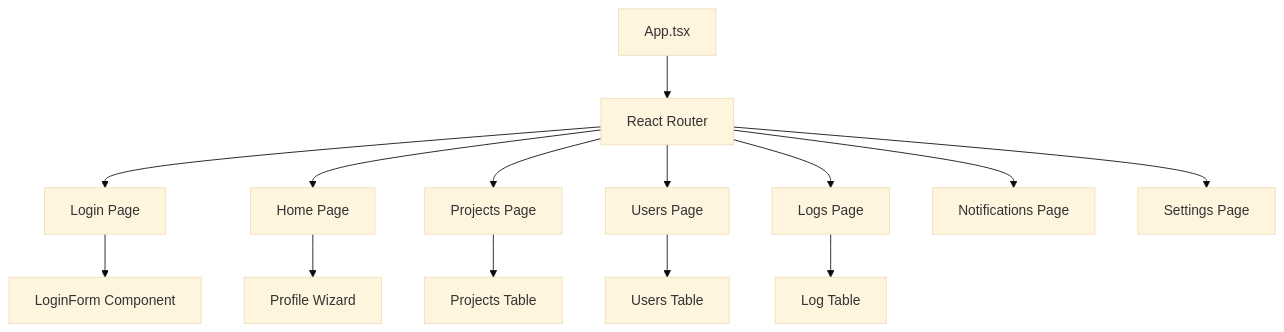
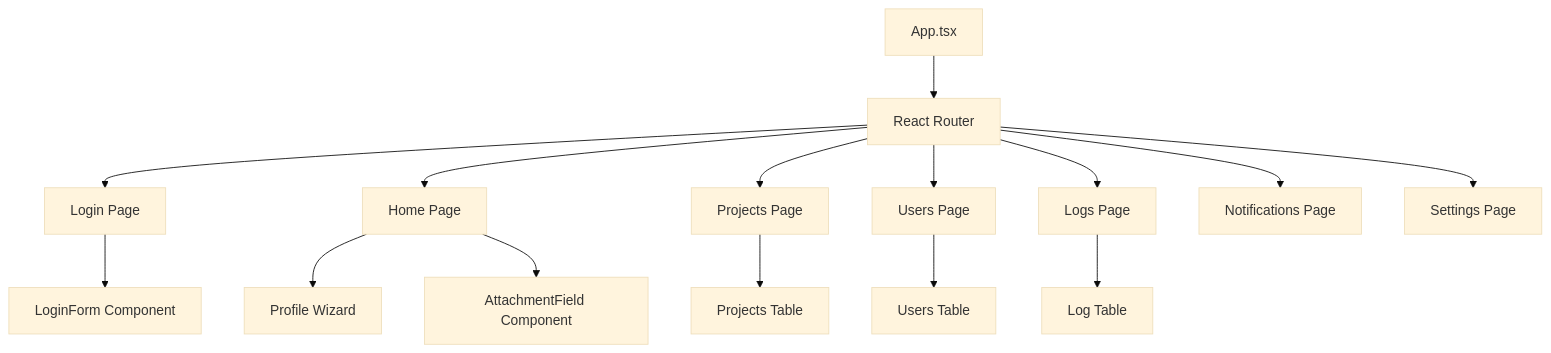
The first of 7 diagrams in .qoder/repowiki/en/content/Arquitetura Frontend/Arquitetura Frontend.md (RobertRuas/windlog), drawn with Mermaid (base theme) before and after one commit. The commit also changed other lines of this file and 136 other files, not shown here.

````diff
--- a/.qoder/repowiki/en/content/Arquitetura Frontend/Arquitetura Frontend.md
+++ b/.qoder/repowiki/en/content/Arquitetura Frontend/Arquitetura Frontend.md
@@ -71,16 +81,17 @@
 ```mermaid
 graph TD
 App[App.tsx] --> Router[React Router]
 Router --> LoginPage[Login Page]
 Router --> HomePage[Home Page]
 Router --> ProjectsPage[Projects Page]
 Router --> UsersPage[Users Page]
 Router --> LogsPage[Logs Page]
 Router --> NotificationsPage[Notifications Page]
 Router --> SettingsPage[Settings Page]
 LoginPage --> LoginForm[LoginForm Component]
 HomePage --> ProfileWizard[Profile Wizard]
+HomePage --> AttachmentField[AttachmentField Component]
 ProjectsPage --> ProjectsTable[Projects Table]
 UsersPage --> UsersTable[Users Table]
 LogsPage --> LogTable[Log Table]
 ```
````
